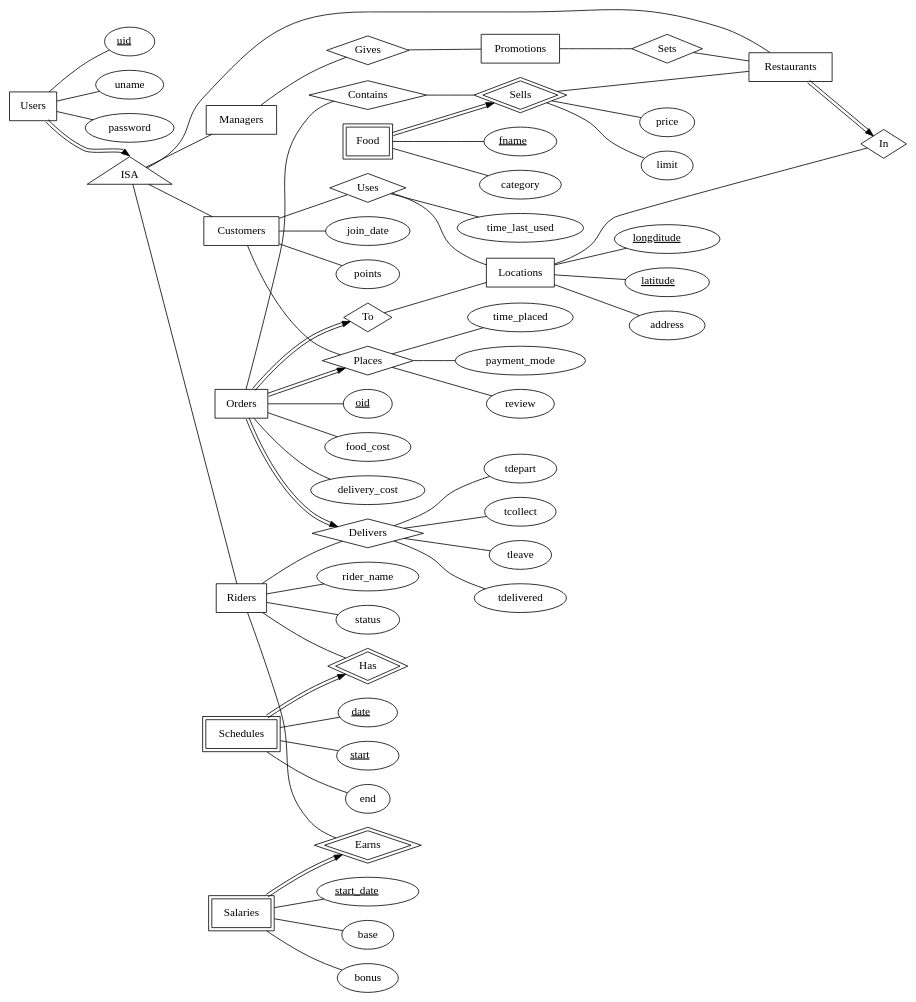
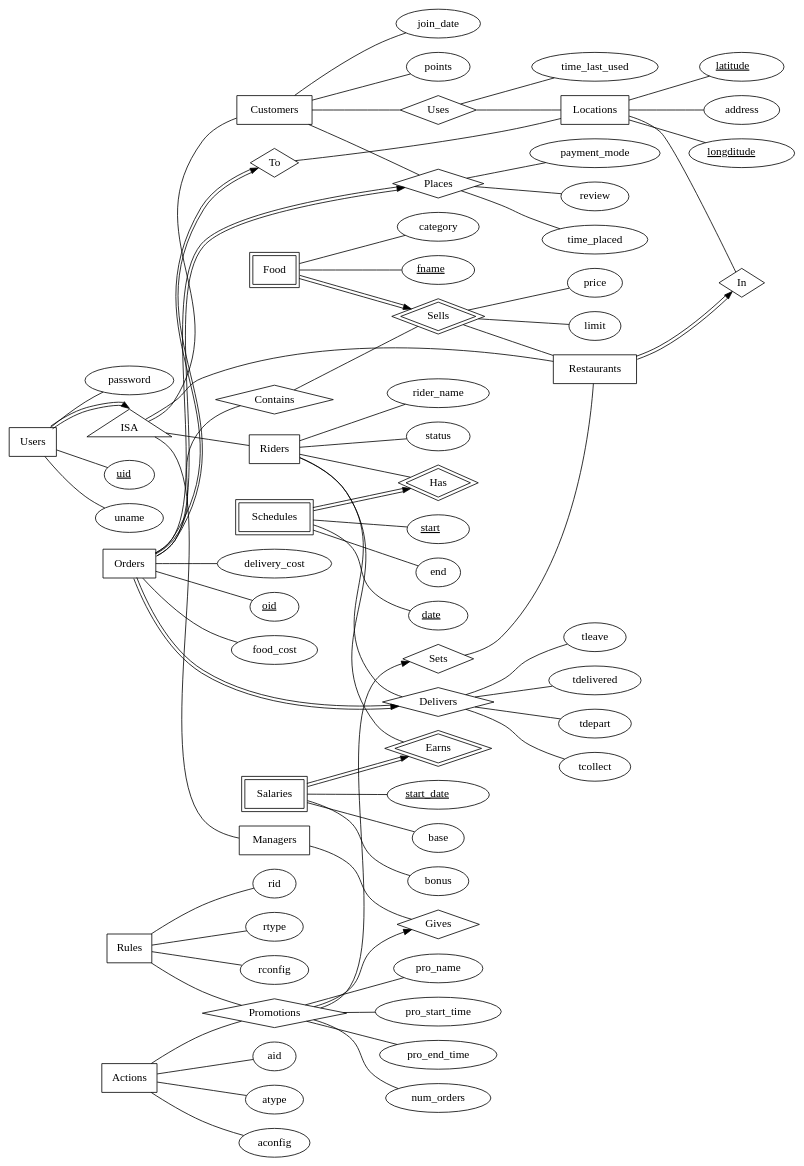
One commit to AY1920S2-CS2102-Team16/Food-Delivery-Service changed the diagram in ER.dot. Above: the diagram before and after it, drawn with Graphviz.

Commit message:
Modified the promotions

```diff
--- a/ER.dot
+++ b/ER.dot
@@ -1,118 +1,131 @@
 //Constriants not captured in the ER model:
 //Each order’s food items must be from a single restaurant
 //The FDS operates daily from 10am to 10pm
 //Constraints regarding MWS and WWS
 
 digraph G {
   rankdir = "LR"
 
   Users [shape=box]
     uid [label=<<u> uid </u>>]
     Users -> uid [arrowhead=none]
     Users -> uname [arrowhead=none]
     Users -> password [arrowhead=none]
   
   
   ISA [shape=triangle]
   
   Managers [shape=box]
   Gives [shape=diamond]
-  Promotions [shape=box]
-  Sets [shape=diamond]
+  Promotions [shape=diamond]
+    Promotions -> pro_start_time [arrowhead=none]
+    Promotions -> pro_end_time [arrowhead=none]
+    Promotions -> num_orders [arrowhead=none]
+    Promotions -> pro_name [arrowhead=none]
+  Rules [shape=box]
+    Rules -> rid [arrowhead=none]
+    Rules -> rtype [arrowhead=none]
+    Rules -> rconfig [arrowhead=none]
+  Actions [shape=box]
+    Actions -> aid [arrowhead=none]
+    Actions -> atype [arrowhead=none]
+    Actions -> aconfig [arrowhead=none]
   
   
   Restaurants [shape=box]
+  Sets [shape=diamond]
   Sells [shape=diamond peripheries=2]
     Sells -> price [arrowhead=none]
     Sells -> limit [arrowhead=none]
   Food [shape=box peripheries=2]
     fname [label=<<u> fname </u>>]
     Food -> fname [arrowhead=none]
     Food -> category [arrowhead=none]
   In [shape=diamond]
   
   Locations [shape=box]
     lon [label=<<u> longditude </u>>]
     lat [label=<<u> latitude </u>>]
     Locations -> lon [arrowhead=none]
     Locations -> lat [arrowhead=none]
     Locations -> address [arrowhead=none]
   
   Customers [shape=box]
     Customers -> join_date [arrowhead=none]
     Customers -> points [arrowhead=none]
   Uses [shape=diamond]
     Uses -> time_last_used [arrowhead=none]
   Places [shape=diamond]
     Places -> time_placed [arrowhead=none]
     Places -> payment_mode [arrowhead=none]
     Places -> review [arrowhead=none]
   Orders [shape=box]
     oid [label=<<u> oid </u>>]
     Orders -> oid [arrowhead=none]
     Orders -> food_cost [arrowhead=none]
     Orders -> delivery_cost [arrowhead=none]
   To [shape=diamond]
   Contains [shape=diamond]
     
   Riders [shape=box]
     Riders -> rider_name [arrowhead=none]
     Riders -> status [arrowhead=none]
   Delivers [shape=diamond]
     Delivers -> tdepart [arrowhead=none]
     Delivers -> tcollect [arrowhead=none]
     Delivers -> tleave [arrowhead=none]
     Delivers -> tdelivered [arrowhead=none]
   Has [shape=diamond peripheries=2]
   Schedules [shape=box peripheries=2]
     Schdate [label=<<u> date </u>>]
     Schstart [label=<<u> start </u>>]
     Schedules -> Schdate [arrowhead=none]
     Schedules -> Schstart [arrowhead=none]
     Schedules -> end [arrowhead=none]
   Earns [shape=diamond peripheries=2]
   Salaries [shape=box peripheries=2]
     start_date [label=<<u> start_date </u>>]
     Salaries -> start_date [arrowhead=none]
     Salaries -> base [arrowhead=none]
     Salaries -> bonus [arrowhead=none]
     
   
   Users -> ISA [color="black:invis:black" headport=n]
   
   ISA -> Managers[arrowhead=none]
   ISA -> Restaurants[arrowhead=none]
   ISA -> Customers[arrowhead=none]
   ISA -> Riders[arrowhead=none]
   
   Managers -> Gives [arrowhead=none]
-  Gives -> Promotions [arrowhead=none]
+  Promotions -> Gives
   
   
   Food -> Sells [color="black:invis:black"]
   Sells -> Restaurants [arrowhead=none]
   
   Locations -> In [arrowhead=none]
   Restaurants -> In [color="black:invis:black"]
-  Promotions -> Sets [arrowhead=none]
+  Promotions -> Sets
   Sets -> Restaurants [arrowhead=none]
+  
+  Rules -> Promotions [arrowhead=none]
+  Actions -> Promotions [arrowhead=none]
   
   Customers -> Places [arrowhead=none]
   Orders -> Places [color="black:invis:black"]
   Orders -> Delivers [color="black:invis:black"]
   Customers -> Uses [arrowhead=none]
   Uses -> Locations [arrowhead=none]
   Orders -> To [color="black:invis:black"]
   To -> Locations [arrowhead=none]
   Orders -> Contains [arrowhead=none]
   Contains -> Sells [arrowhead=none]
   
-  
-  
   Riders -> Delivers [arrowhead=none]
   Riders -> Has [arrowhead=none]
   Schedules -> Has [color="black:invis:black"]
   Salaries -> Earns [color="black:invis:black"]
   Riders -> Earns [arrowhead=none]
   
 }
```
